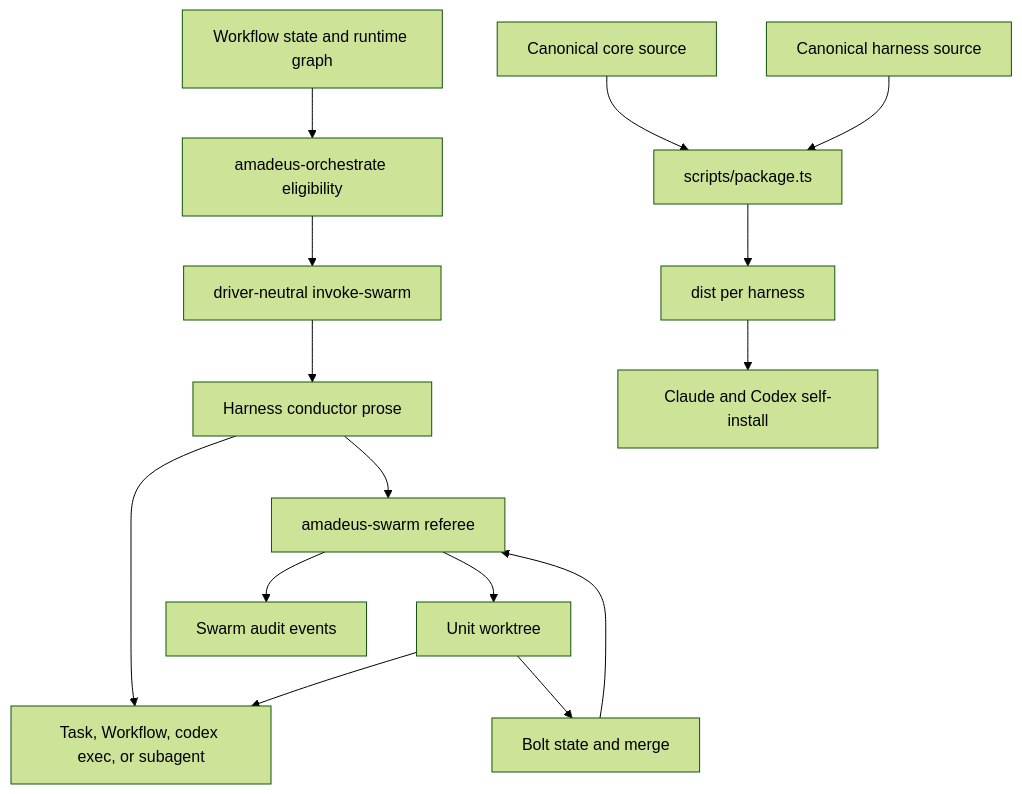
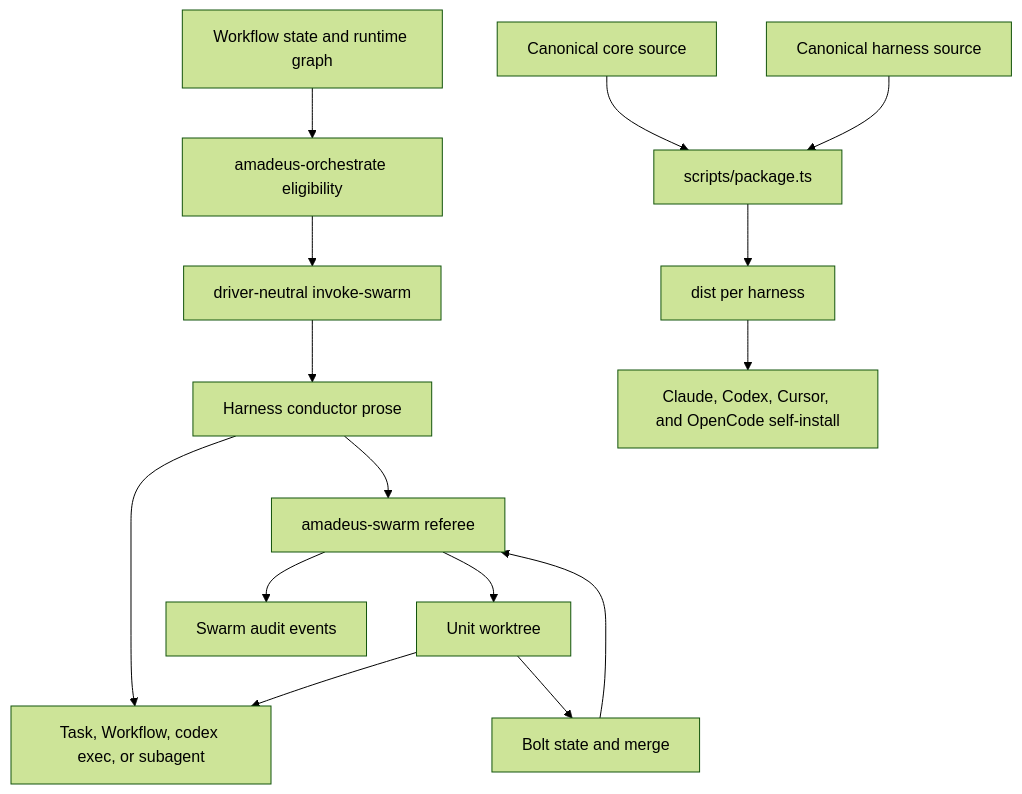
The second of 7 diagrams in amadeus/spaces/default/codekb/amadeus/dependencies.md (amadeus-dlc/amadeus), drawn with Mermaid (forest theme) before and after one commit. The commit also changed other lines of this file and 11 other files, not shown here.

````diff
--- a/amadeus/spaces/default/codekb/amadeus/dependencies.md
+++ b/amadeus/spaces/default/codekb/amadeus/dependencies.md
@@ -5,24 +32,24 @@
 ```mermaid
 flowchart TD
   State["Workflow state and runtime graph"]
   Engine["amadeus-orchestrate eligibility"]
   Directive["driver-neutral invoke-swarm"]
   Conductor["Harness conductor prose"]
   Worker["Task, Workflow, codex exec, or subagent"]
   Referee["amadeus-swarm referee"]
   Worktree["Unit worktree"]
   Bolt["Bolt state and merge"]
   Audit["Swarm audit events"]
   Core["Canonical core source"]
   Harness["Canonical harness source"]
   Package["scripts/package.ts"]
   Dist["dist per harness"]
-  Promote["Claude and Codex self-install"]
+  Promote["Claude, Codex, Cursor, and OpenCode self-install"]
 
   State --> Engine --> Directive --> Conductor --> Worker
   Conductor --> Referee
   Referee --> Worktree --> Worker
   Worktree --> Bolt --> Referee --> Audit
   Core --> Package
   Harness --> Package --> Dist --> Promote
 ```
````
